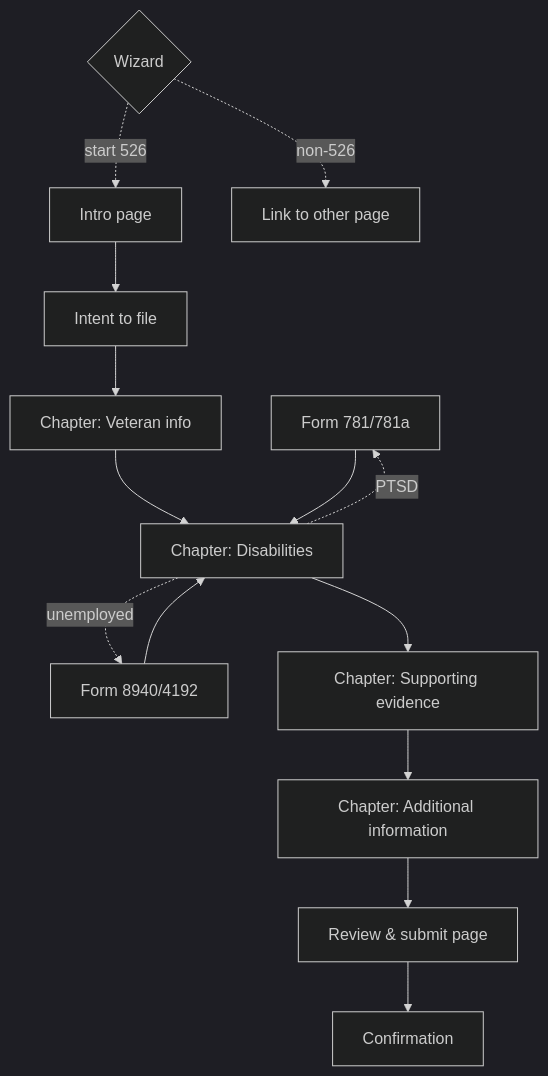
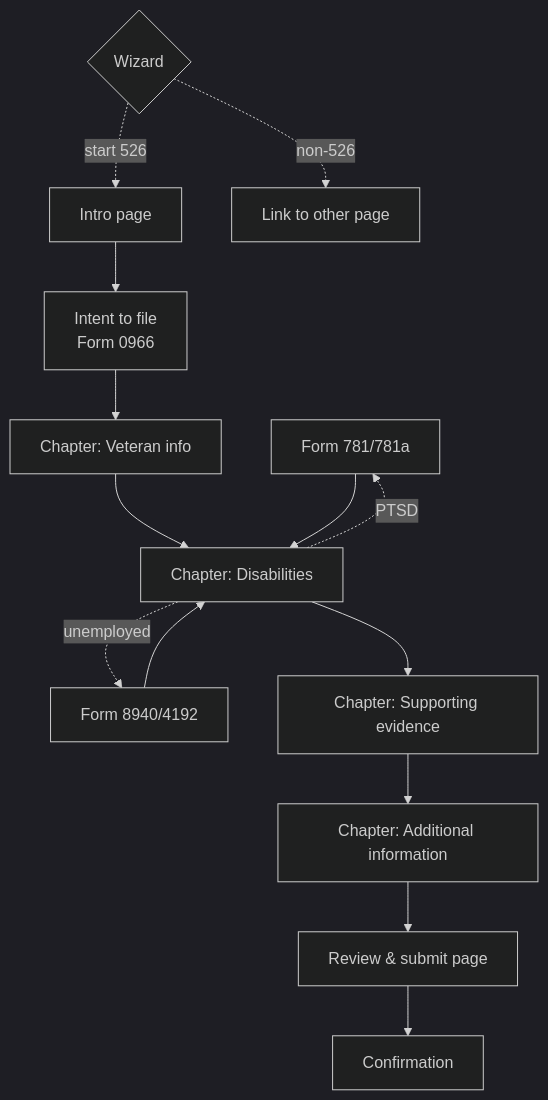
Before and after one commit to department-of-veterans-affairs/va.gov-team: the first of 8 diagrams in products/disability/526ez/526-overall-flow.md, drawn with Mermaid (dark theme). The commit also changed other lines of this file, not shown here.

Commit message:
Update 526 flow

````diff
--- a/products/disability/526ez/526-overall-flow.md
+++ b/products/disability/526ez/526-overall-flow.md
@@ -13,17 +13,17 @@
 ```mermaid
 graph TD
 
     Wizard{Wizard}
     Wizard -. start 526 .-> Intro[Intro page]
     Wizard -. non-526 .-> Nope[Link to other page]
 
-    Intro --> ITF[Intent to file]
+    Intro --> ITF[Intent to file<br>Form 0966]
     ITF --> C1[Chapter: Veteran info]
     C1 --> C2[Chapter: Disabilities]
     C2 -. PTSD .-> 781[Form 781/781a] --> C2
     C2 -. unemployed .-> 8940[Form 8940/4192] --> C2
     C2 --> C3[Chapter: Supporting evidence]
     C3 --> C4[Chapter: Additional information]
     C4 --> RS[Review & submit page]
     RS --> Confirmation
 ```
````
